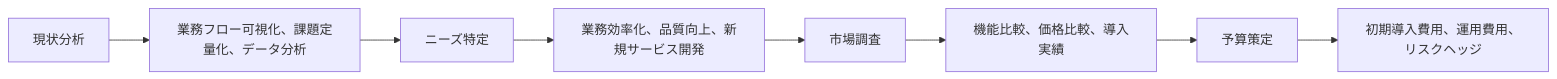
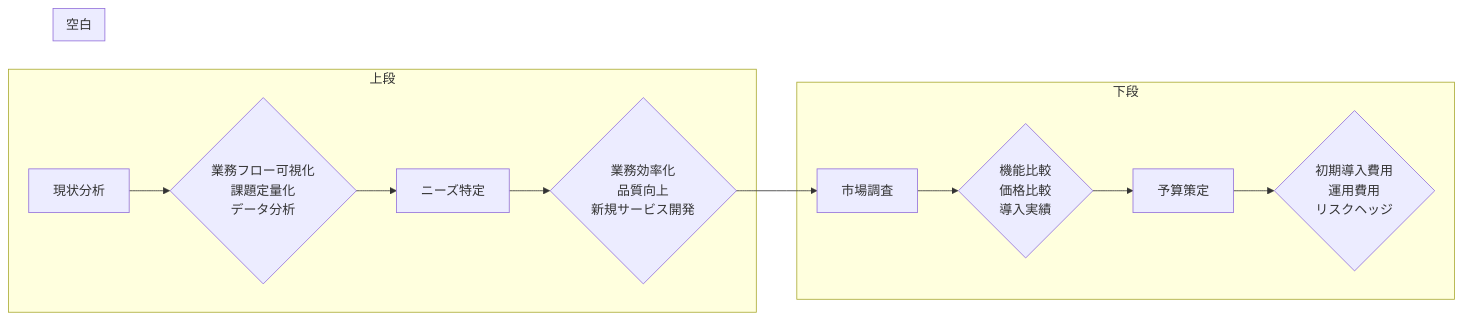
One commit to SparklingDetergent/doc_genai_How_to_evaluate_the_cost-effectiveness_of_using_generative_AI_for_business_purposes changed the sixth of 16 diagrams in README.md. Above: the diagram before and after it, drawn with Mermaid.

````diff
--- a/README.md
+++ b/README.md
@@ -214,10 +214,18 @@
 ```mermaid
 graph LR
-    A[現状分析] --> B[業務フロー可視化、課題定量化、データ分析]
-    B --> C[ニーズ特定]
-    C --> D[業務効率化、品質向上、新規サービス開発]
-    D --> E[市場調査]
-    E --> F[機能比較、価格比較、導入実績]
-    F --> G[予算策定]
-    G --> H[初期導入費用、運用費用、リスクヘッジ]
+    subgraph 上段
+        A[現状分析] --> B{業務フロー可視化<br/>課題定量化<br/>データ分析}
+        B --> C[ニーズ特定]
+        C --> D{業務効率化<br/>品質向上<br/>新規サービス開発}
+    end
+
+    subgraph 下段
+        D --> E[市場調査]
+        E --> F{機能比較<br/>価格比較<br/>導入実績}
+        F --> G[予算策定]
+        G --> H{初期導入費用<br/>運用費用<br/>リスクヘッジ}
+    end
+
+    subgraph 空白
+    end
 ```
````
